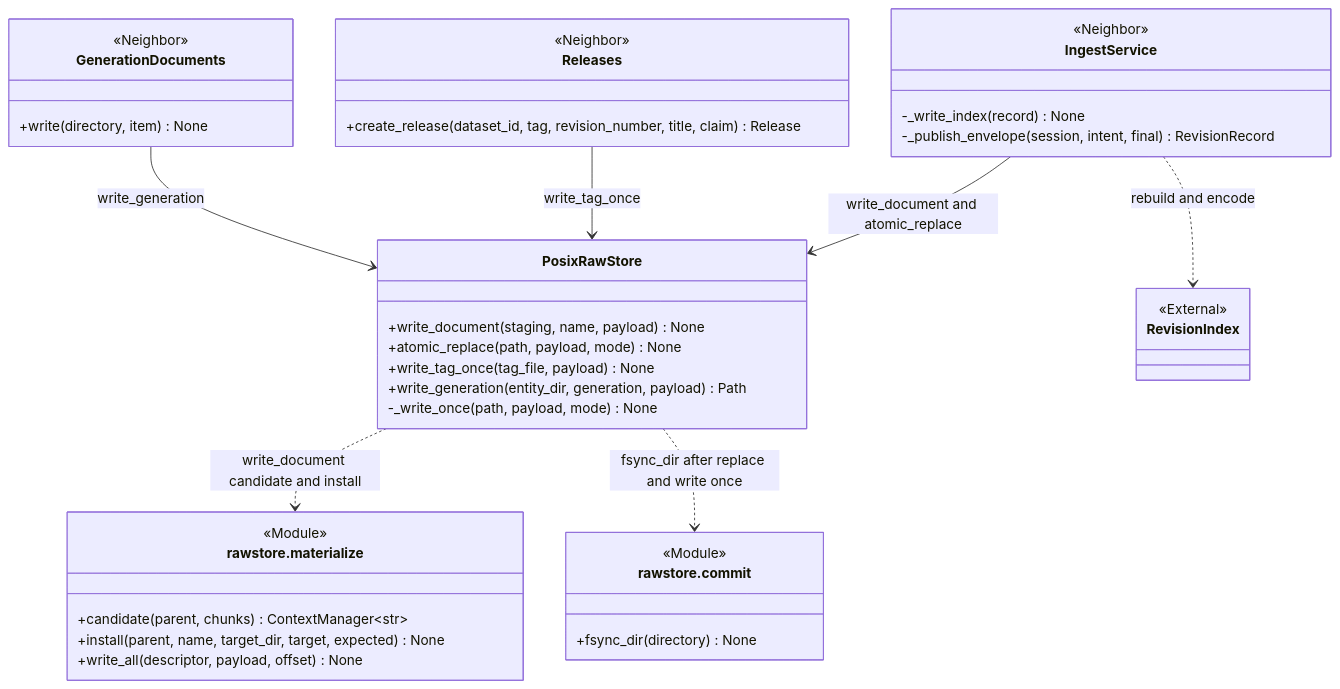
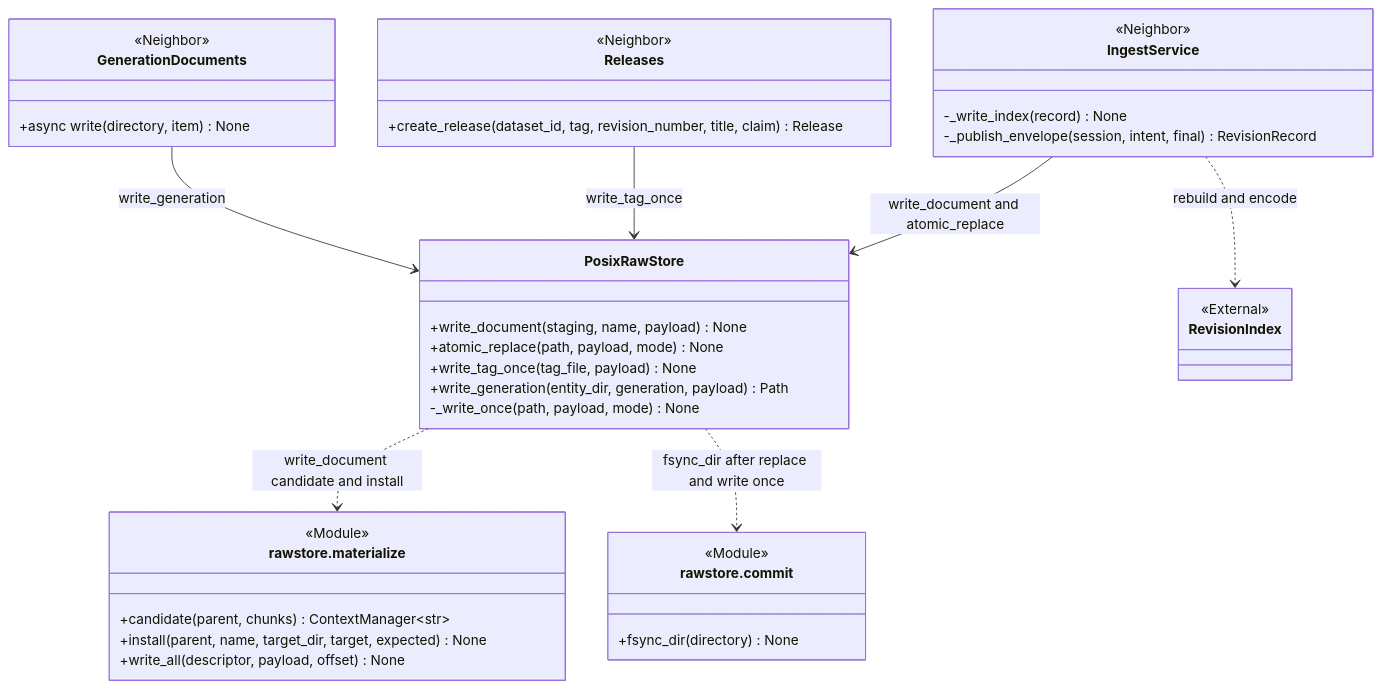
The fifth of 9 diagrams in design/rawstore-uml.md (karthedew/huron), drawn with Mermaid before and after one commit. The commit also changed other lines of this file and 28 other files, not shown here.

````diff
--- a/design/rawstore-uml.md
+++ b/design/rawstore-uml.md
@@ -442,43 +443,43 @@
 ```mermaid
 classDiagram
 direction TB
 class PosixRawStore {
   +write_document(staging, name, payload) None
   +atomic_replace(path, payload, mode) None
   +write_tag_once(tag_file, payload) None
   +write_generation(entity_dir, generation, payload) Path
   -_write_once(path, payload, mode) None
 }
 class materialize["rawstore.materialize"] {
   <<Module>>
   +candidate(parent, chunks) ContextManager~str~
   +install(parent, name, target_dir, target, expected) None
   +write_all(descriptor, payload, offset) None
 }
 class commit["rawstore.commit"] {
   <<Module>>
   +fsync_dir(directory) None
 }
 class GenerationDocuments {
   <<Neighbor>>
-  +write(directory, item) None
+  +async write(directory, item) None
 }
 class Releases {
   <<Neighbor>>
   +create_release(dataset_id, tag, revision_number, title, claim) Release
 }
 class IngestService {
   <<Neighbor>>
   -_write_index(record) None
   -_publish_envelope(session, intent, final) RevisionRecord
 }
 class RevisionIndex {
   <<External>>
 }
 PosixRawStore ..> materialize : write_document candidate and install
 PosixRawStore ..> commit : fsync_dir after replace and write once
 GenerationDocuments --> PosixRawStore : write_generation
 Releases --> PosixRawStore : write_tag_once
 IngestService --> PosixRawStore : write_document and atomic_replace
 IngestService ..> RevisionIndex : rebuild and encode
 ```
````
